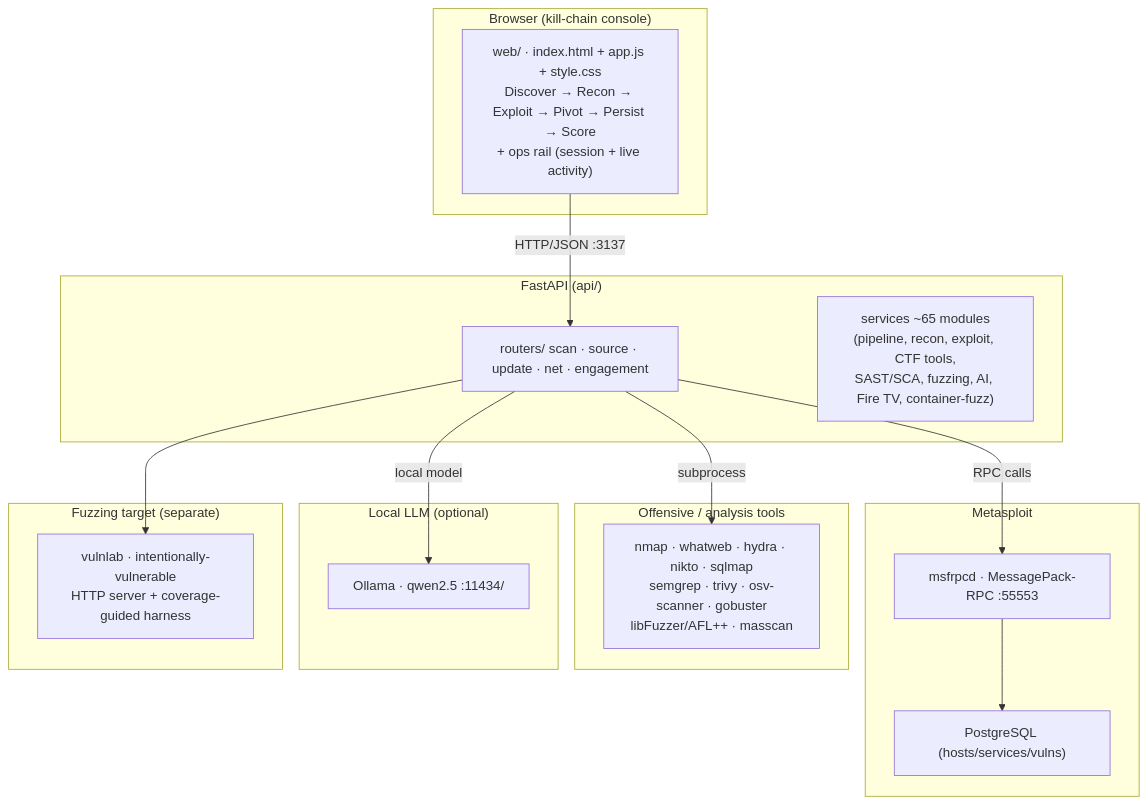
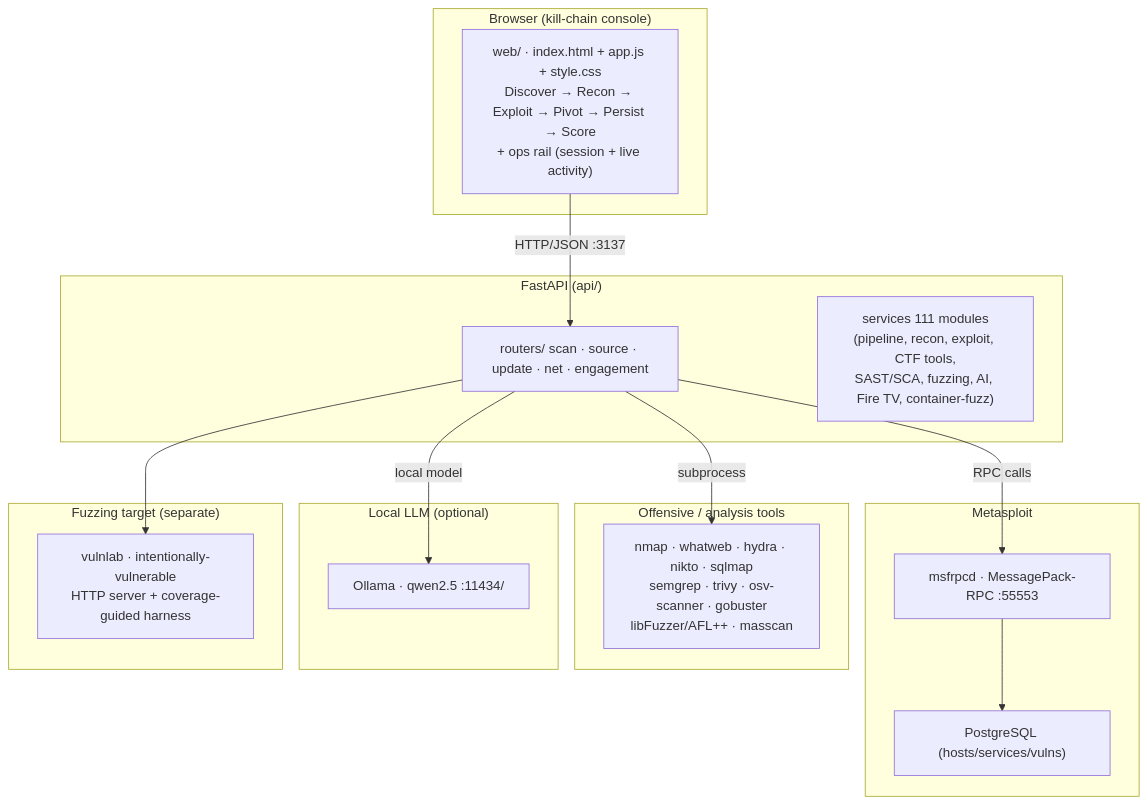
The diagram in README.md (Greg-2600/h4k), drawn with Mermaid before and after one commit. The commit also changed other lines of this file and 6 other files, not shown here.

````diff
--- a/README.md
+++ b/README.md
@@ -146,35 +146,35 @@
 ```mermaid
 flowchart TB
     subgraph browser["Browser (kill-chain console)"]
         UI["web/ · index.html + app.js + style.css<br/>Discover → Recon → Exploit → Pivot → Persist → Score<br/>+ ops rail (session + live activity)"]
     end
 
     subgraph api["FastAPI (api/)"]
         R["routers/ scan · source · update · net · engagement"]
-        S["services ~65 modules<br/>(pipeline, recon, exploit, CTF tools,<br/>SAST/SCA, fuzzing, AI, Fire TV, container-fuzz)"]
+        S["services 111 modules<br/>(pipeline, recon, exploit, CTF tools,<br/>SAST/SCA, fuzzing, AI, Fire TV, container-fuzz)"]
     end
 
     subgraph msf["Metasploit"]
         RPC["msfrpcd · MessagePack-RPC :55553"]
         DB["PostgreSQL (hosts/services/vulns)"]
     end
 
     subgraph tools["Offensive / analysis tools"]
         TOOLS["nmap · whatweb · hydra · nikto · sqlmap<br/>semgrep · trivy · osv-scanner · gobuster<br/>libFuzzer/AFL++ · masscan"]
     end
 
     subgraph llm["Local LLM (optional)"]
         OLLAMA["Ollama · qwen2.5 :11434/<sidecar>"]
     end
 
     subgraph lab["Fuzzing target (separate)"]
         VULN["vulnlab · intentionally-vulnerable<br/>HTTP server + coverage-guided harness"]
     end
 
     UI -->|HTTP/JSON :3137| R
     R -->|RPC calls| RPC
     RPC --> DB
     R -->|subprocess| TOOLS
     R -->|local model| OLLAMA
     R --> VULN
 ```
````
